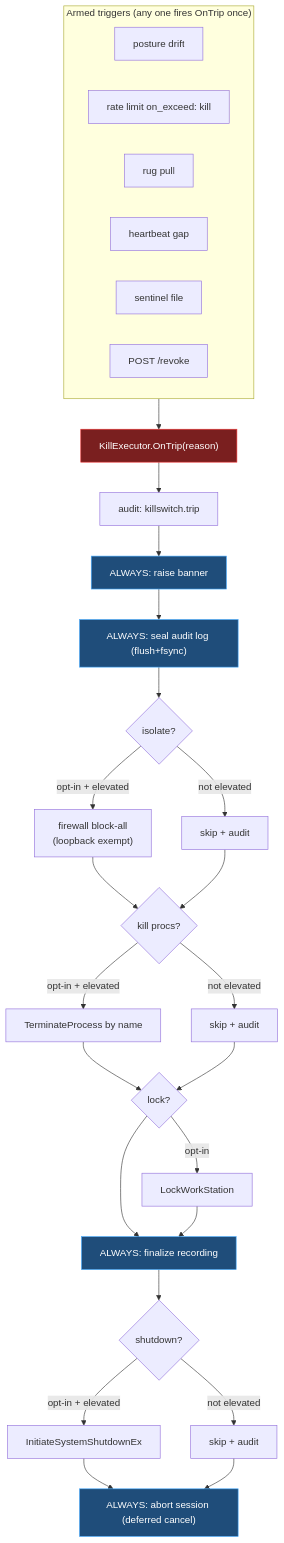
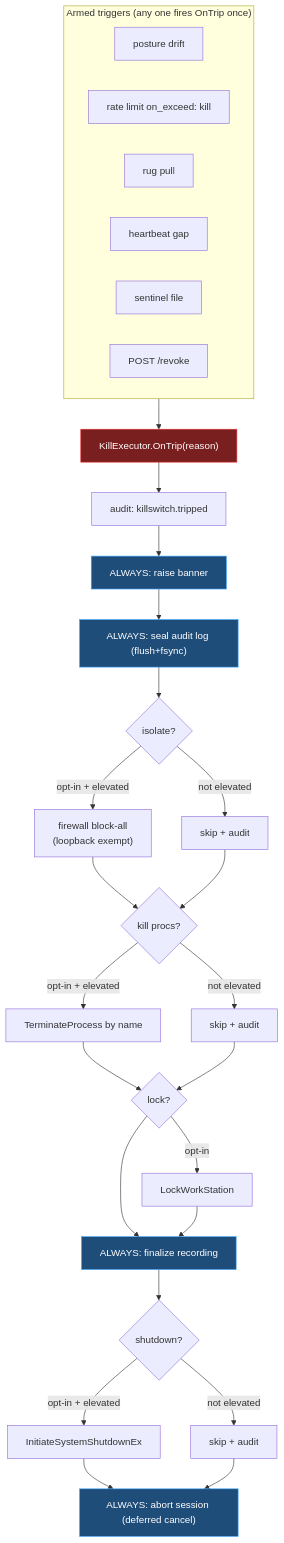
One commit to deploymenttheory/windows-mcp-server changed the sixth of 8 diagrams in docs/security-architecture.md. Above: the diagram before and after it, drawn with Mermaid. The commit also changed other lines of this file and 20 other files, not shown here.

````diff
--- a/docs/security-architecture.md
+++ b/docs/security-architecture.md
@@ -300,40 +300,40 @@
 ```mermaid
 flowchart TB
     subgraph TRIG["Armed triggers (any one fires OnTrip once)"]
         direction LR
         t1["posture drift"]
         t2["rate limit on_exceed: kill"]
         t3["rug pull"]
         t4["heartbeat gap"]
         t5["sentinel file"]
         t6["POST /revoke"]
     end
 
     TRIG --> OT["KillExecutor.OnTrip(reason)"]
 
-    OT --> A1["audit: killswitch.trip"]
+    OT --> A1["audit: killswitch.tripped"]
     A1 --> A2["ALWAYS: raise banner"]
     A2 --> A3["ALWAYS: seal audit log (flush+fsync)"]
     A3 --> E1{"isolate?"}
     E1 -->|"opt-in + elevated"| I["firewall block-all<br/>(loopback exempt)"]
     E1 -->|"not elevated"| Sk1["skip + audit"]
     I --> E2{"kill procs?"}
     Sk1 --> E2
     E2 -->|"opt-in + elevated"| KP["TerminateProcess by name"]
     E2 -->|"not elevated"| Sk2["skip + audit"]
     KP --> E3{"lock?"}
     Sk2 --> E3
     E3 -->|"opt-in"| LK["LockWorkStation"]
     E3 --> F["ALWAYS: finalize recording"]
     LK --> F
     F --> E4{"shutdown?"}
     E4 -->|"opt-in + elevated"| SD["InitiateSystemShutdownEx"]
     E4 -->|"not elevated"| Sk3["skip + audit"]
     SD --> AB["ALWAYS: abort session (deferred cancel)"]
     Sk3 --> AB
 
     classDef always fill:#1f4d7a,stroke:#4af,color:#fff;
     classDef kill fill:#7a1f1f,stroke:#e33,color:#fff;
     class A2,A3,F,AB always;
     class OT kill;
 ```
````
